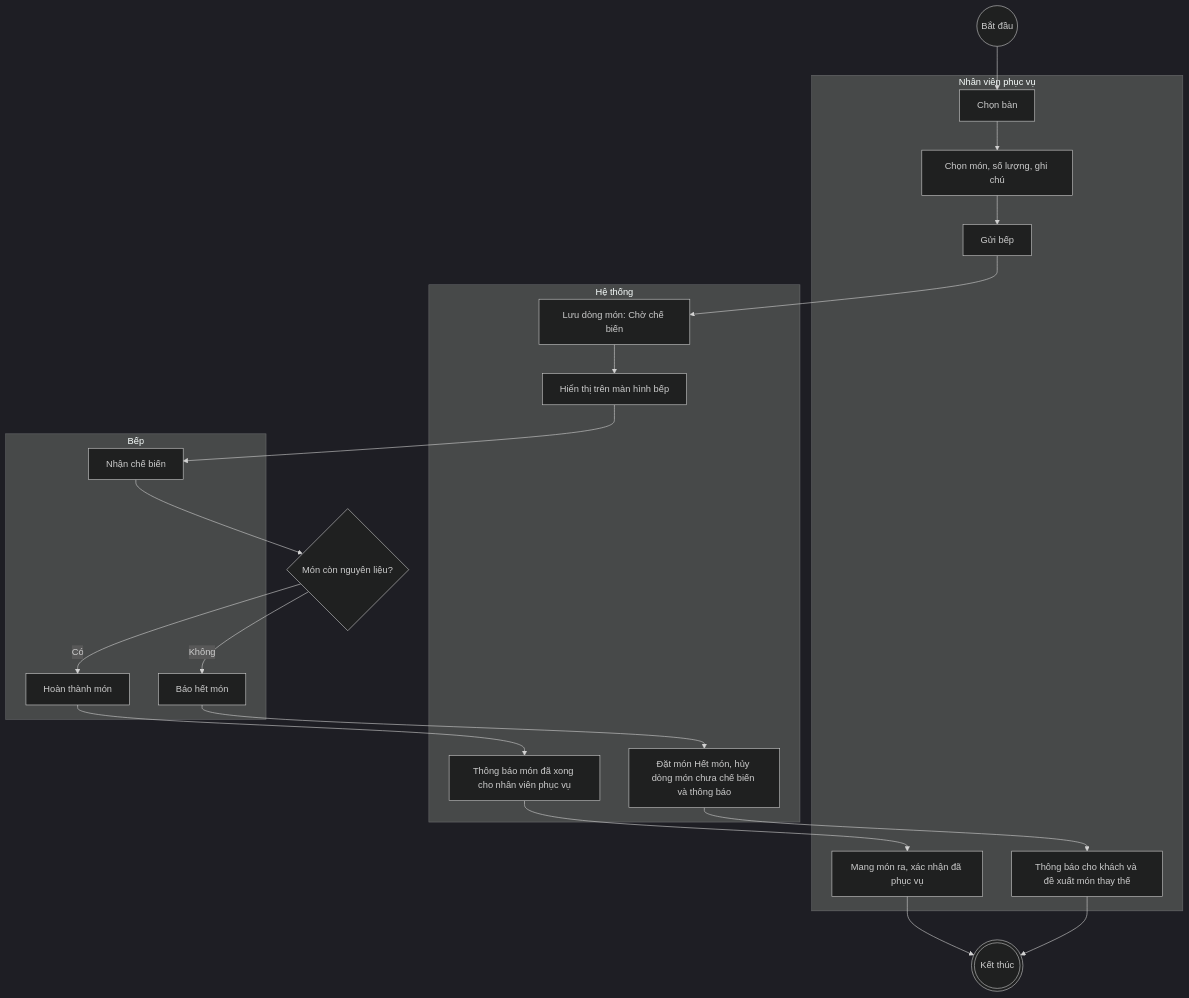
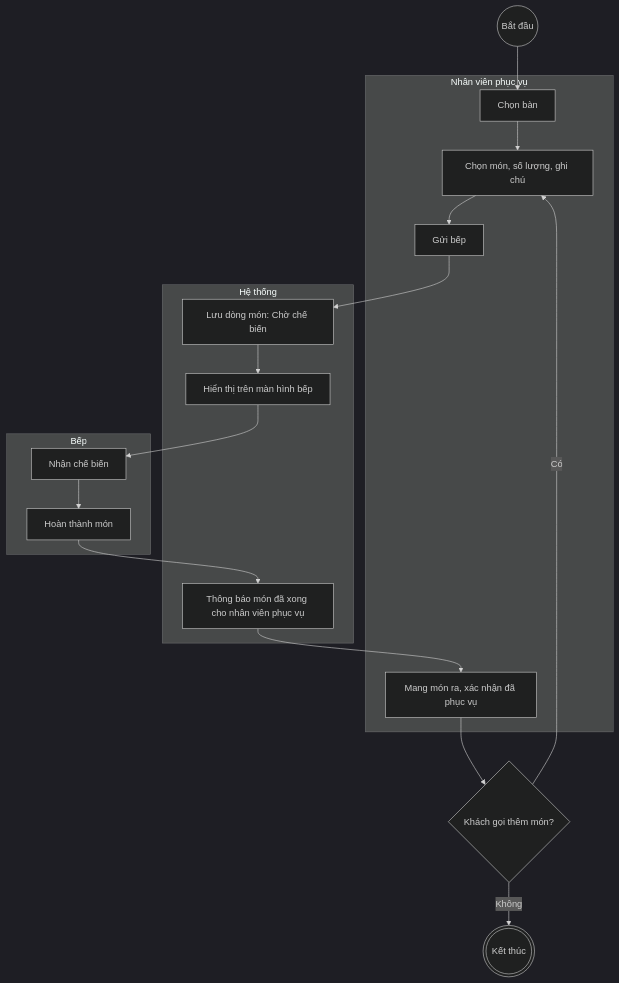
Before and after one commit to dungcony/e-learn: the sixth of 7 diagrams in docs/srs-restaurant.md, drawn with Mermaid (dark theme). The commit also changed other lines of this file, not shown here.

````diff
--- a/docs/srs-restaurant.md
+++ b/docs/srs-restaurant.md
@@ -561,27 +417,24 @@
 ```mermaid
 flowchart TD
     S(("Bắt đầu"))
-    D1{"Món còn nguyên liệu?"}
+    D1{"Khách gọi thêm món?"}
     subgraph P["Nhân viên phục vụ"]
         A1["Chọn bàn"]
         A2["Chọn món, số lượng, ghi chú"]
         A3["Gửi bếp"]
         A4["Mang món ra, xác nhận đã phục vụ"]
-        A5["Thông báo cho khách và đề xuất món thay thế"]
     end
     subgraph H["Hệ thống"]
         B1["Lưu dòng món: Chờ chế biến"]
         B2["Hiển thị trên màn hình bếp"]
         B3["Thông báo món đã xong cho nhân viên phục vụ"]
-        B4["Đặt món Hết món, hủy dòng món chưa chế biến và thông báo"]
     end
     subgraph B["Bếp"]
         C1["Nhận chế biến"]
         C2["Hoàn thành món"]
-        C3["Báo hết món"]
     end
     E((("Kết thúc")))
-    S --> A1 --> A2 --> A3 --> B1 --> B2 --> C1 --> D1
-    D1 -->|"Có"| C2 --> B3 --> A4 --> E
-    D1 -->|"Không"| C3 --> B4 --> A5 --> E
+    S --> A1 --> A2 --> A3 --> B1 --> B2 --> C1 --> C2 --> B3 --> A4 --> D1
+    D1 -->|"Có"| A2
+    D1 -->|"Không"| E
 ```
````
